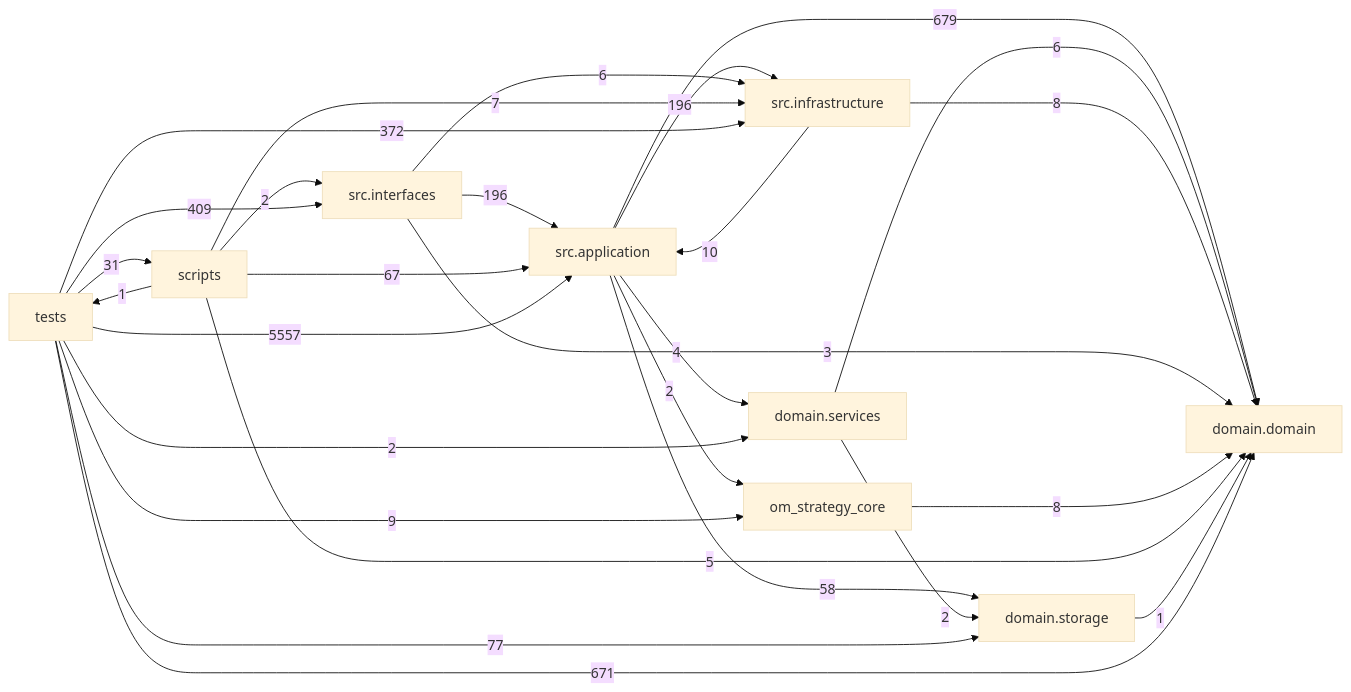
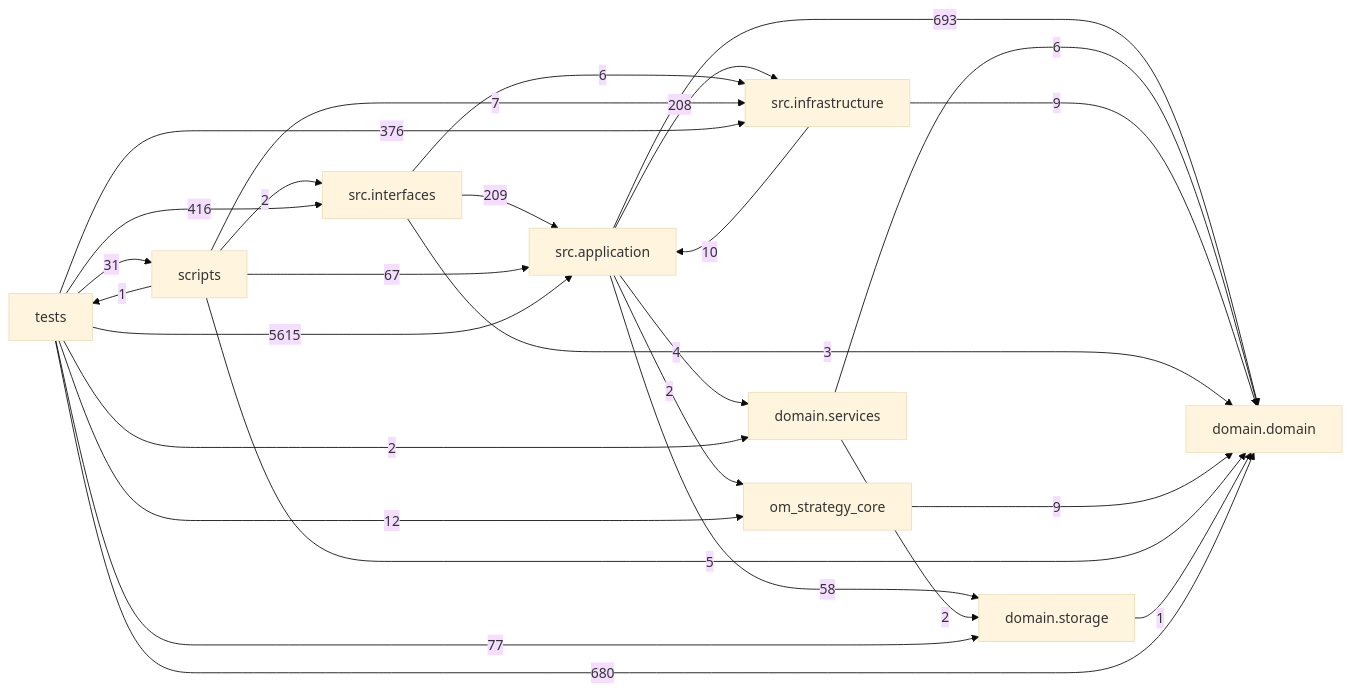
The diagram in docs/DEPENDENCY_GRAPH.md (liuxie066/options-monitor), drawn with Mermaid (base theme) before and after one commit. The commit also changed other lines of this file and 47 other files, not shown here.

````diff
--- a/docs/DEPENDENCY_GRAPH.md
+++ b/docs/DEPENDENCY_GRAPH.md
@@ -24,38 +24,38 @@
 ```mermaid
 flowchart LR
   tests["tests"]
   scripts["scripts"]
   interfaces["src.interfaces"]
   application["src.application"]
   infrastructure["src.infrastructure"]
   domain_services["domain.services"]
   domain["domain.domain"]
   storage["domain.storage"]
-  application -->|679| domain
+  application -->|693| domain
   application -->|4| domain_services
-  application -->|196| infrastructure
+  application -->|208| infrastructure
   application -->|2| om_strategy_core
   application -->|58| storage
   domain_services -->|6| domain
   domain_services -->|2| storage
   infrastructure -->|10| application
-  infrastructure -->|8| domain
-  interfaces -->|196| application
+  infrastructure -->|9| domain
+  interfaces -->|209| application
   interfaces -->|3| domain
   interfaces -->|6| infrastructure
-  om_strategy_core -->|8| domain
+  om_strategy_core -->|9| domain
   scripts -->|67| application
   scripts -->|5| domain
   scripts -->|7| infrastructure
   scripts -->|2| interfaces
   scripts -->|1| tests
   storage -->|1| domain
-  tests -->|5557| application
-  tests -->|671| domain
+  tests -->|5615| application
+  tests -->|680| domain
   tests -->|2| domain_services
-  tests -->|372| infrastructure
-  tests -->|409| interfaces
-  tests -->|9| om_strategy_core
+  tests -->|376| infrastructure
+  tests -->|416| interfaces
+  tests -->|12| om_strategy_core
   tests -->|31| scripts
   tests -->|77| storage
 ```
````
